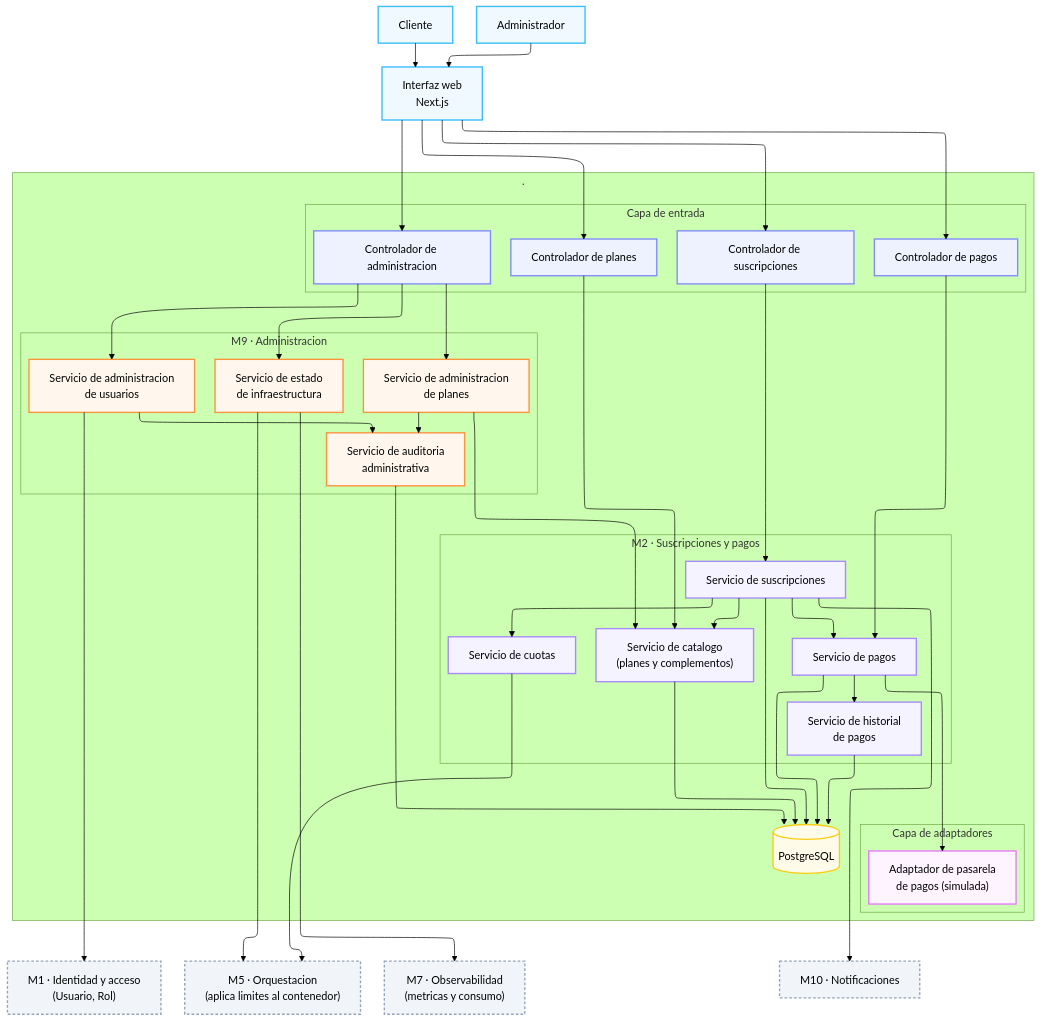
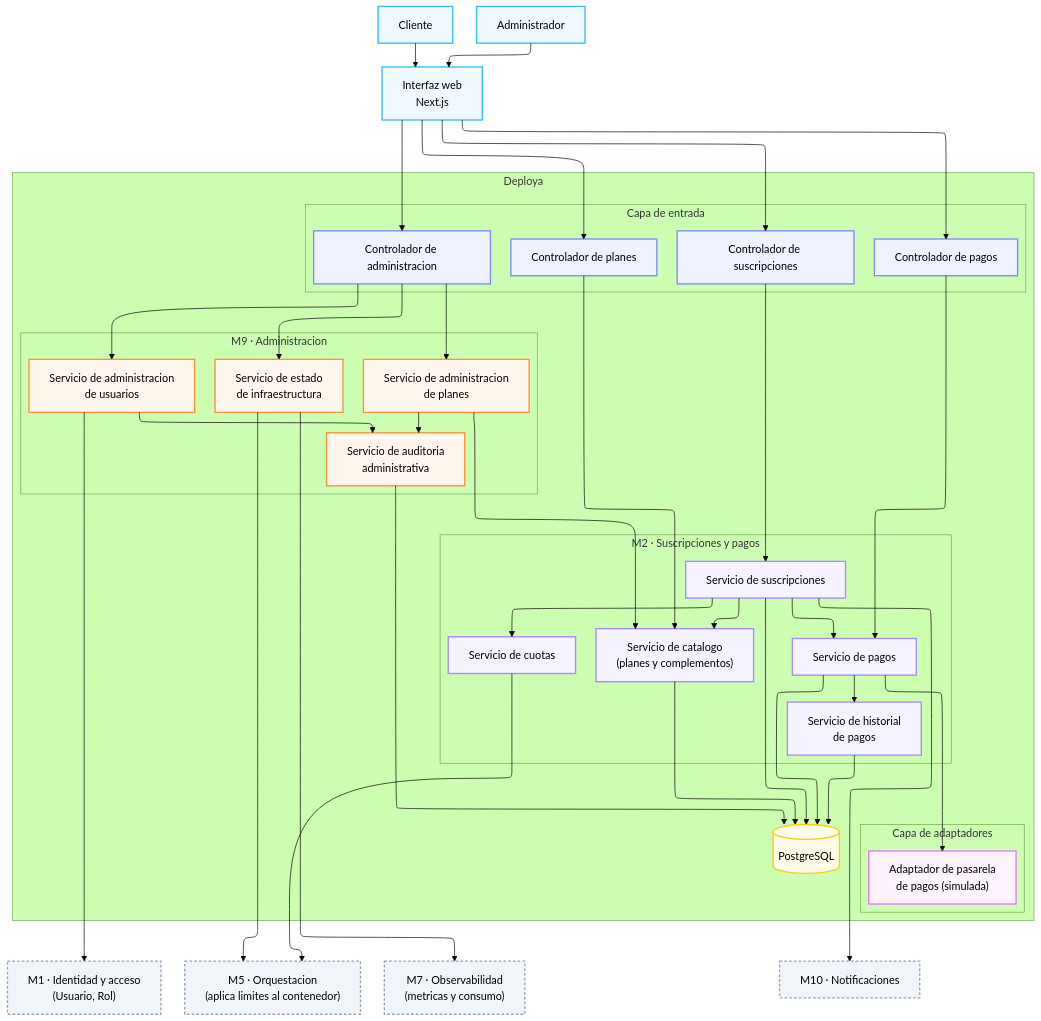
Before and after one commit to derekCmorales/deploya: diagram 11 of 28 in docs/arquitectura-maestro.md, drawn with Mermaid (forest theme). The commit also changed other lines of this file and 39 other files, not shown here.

```diff
--- a/docs/arquitectura-maestro.md
+++ b/docs/arquitectura-maestro.md
@@ -797,7 +808,7 @@
     USER["Cliente"] --> UI["Interfaz web<br/>Next.js"]
     ADMIN_USER["Administrador"] --> UI
 
-    subgraph DEPLOYA["."]
+    subgraph DEPLOYA["Deploya"]
         direction TB
 
         subgraph API["Capa de entrada"]
```
